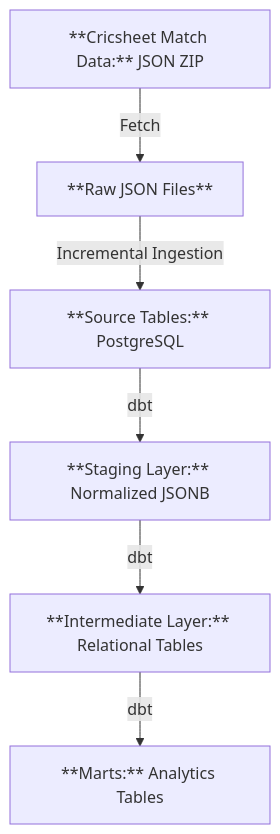
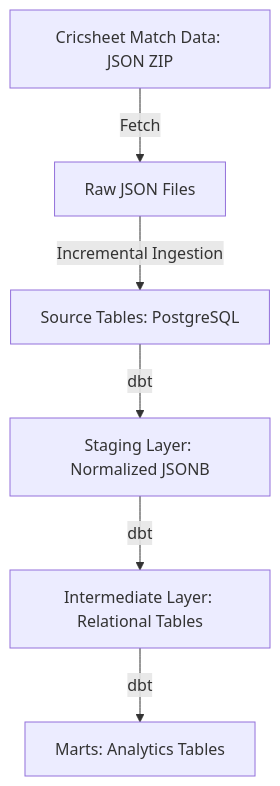
Before and after one commit to shsiddhant/cricket-warehouse: the diagram in README.md, drawn with Mermaid. The commit also changed other lines of this file and 2 other files, not shown here.

Commit message:
dbt: add intermediate matches model and its tests

````diff
--- a/README.md
+++ b/README.md
@@ -50,13 +50,13 @@
 ```mermaid
 flowchart TD
 
-A[**Cricsheet Match Data:** JSON ZIP] -->|Fetch| B[**Raw JSON Files**]
+A[Cricsheet Match Data: JSON ZIP] -->|Fetch| B[Raw JSON Files]
 
-B -->|Incremental Ingestion| C[**Source Tables:** PostgreSQL]
+B -->|Incremental Ingestion| C[Source Tables: PostgreSQL]
 
-C -->|dbt| D[**Staging Layer:** Normalized JSONB]
+C -->|dbt| D[Staging Layer: Normalized JSONB]
 
-D -->|dbt| E[**Intermediate Layer:** Relational Tables]
+D -->|dbt| E[Intermediate Layer: Relational Tables]
 
-E -->|dbt| F[**Marts:** Analytics Tables]
+E -->|dbt| F[Marts: Analytics Tables]
 ```
````
